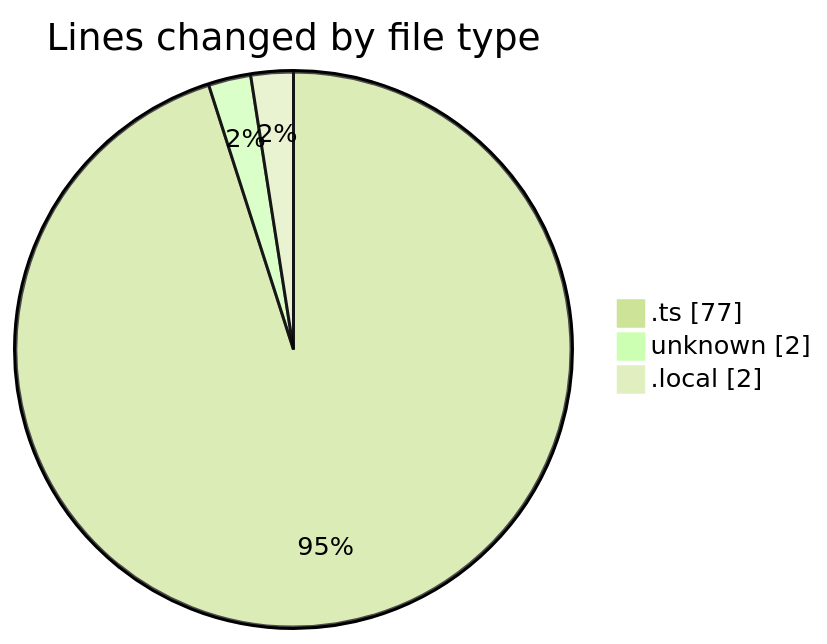
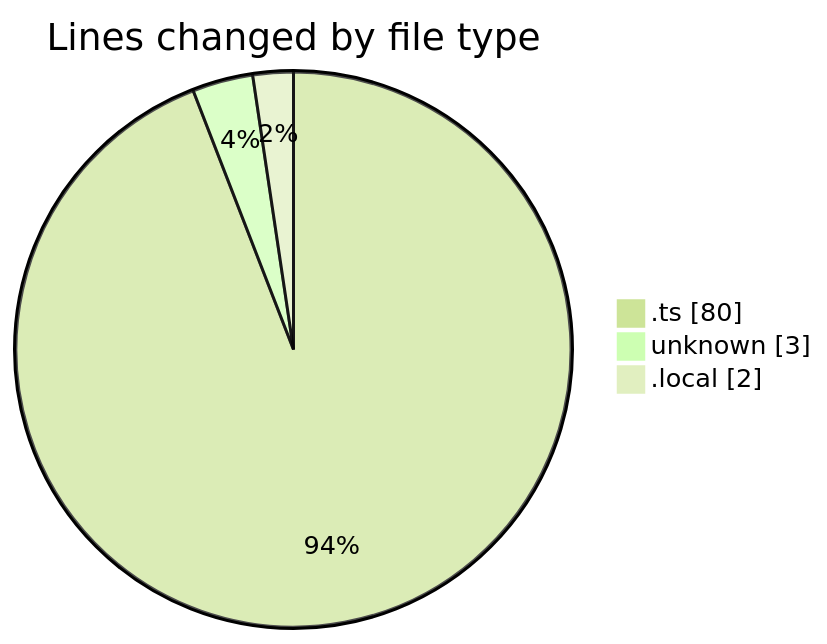
The first of 2 diagrams in 2025-06-21/archive/README.md (JenPaints/code-tracking), drawn with Mermaid (forest theme) before and after one commit. The commit also changed other lines of this file and 1 other file, not shown here.

````diff
--- a/2025-06-21/archive/README.md
+++ b/2025-06-21/archive/README.md
@@ -23,7 +23,7 @@
 ```mermaid
 pie showData
 title Lines changed by file type
-".ts" : 77
-"unknown" : 2
+".ts" : 80
+"unknown" : 3
 ".local" : 2
 ```
````
